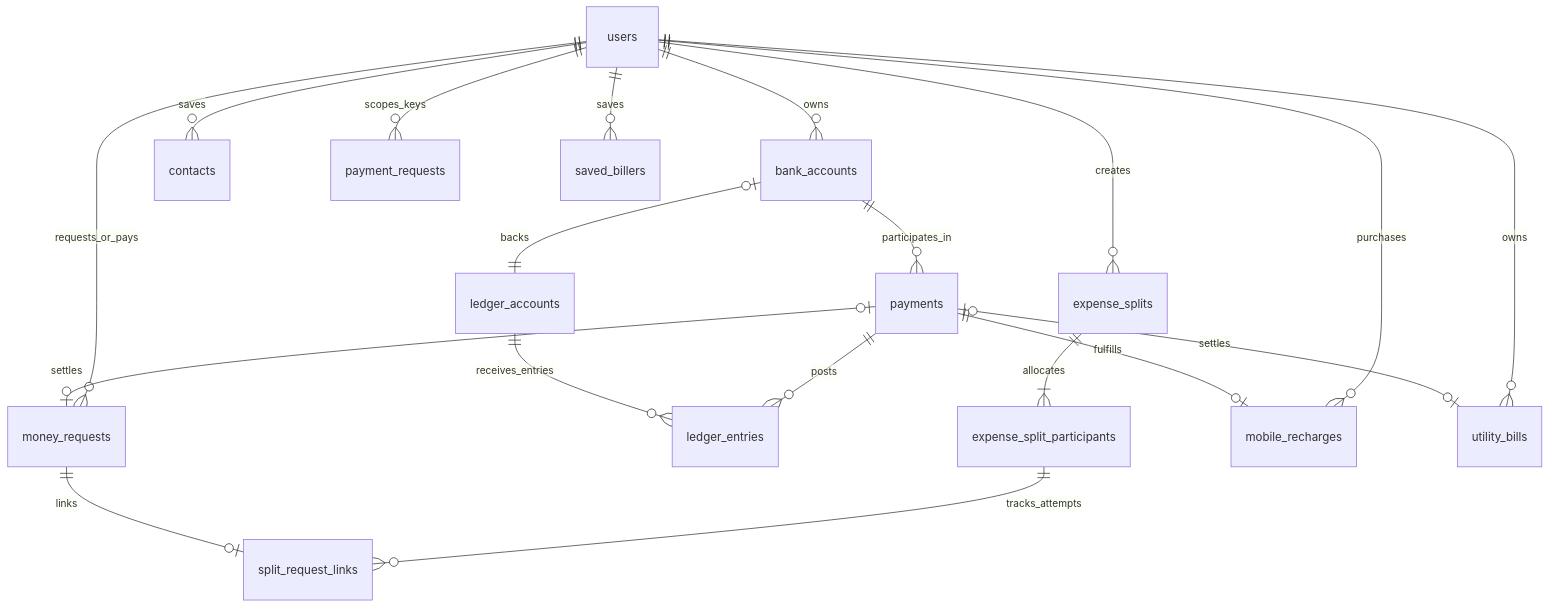
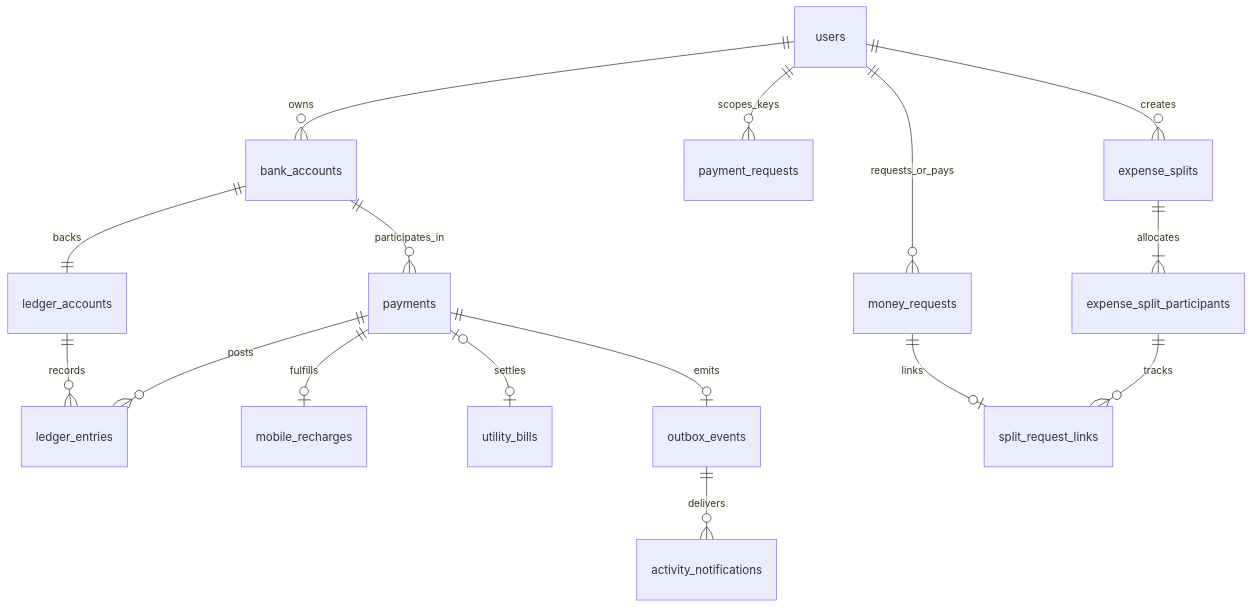
One commit to Harshita2011/PayFlow changed the third of 3 diagrams in README.md. Above: the diagram before and after it, drawn with Mermaid. The commit also changed other lines of this file, not shown here.

````diff
--- a/README.md
+++ b/README.md
@@ -190,21 +174,18 @@
 ```mermaid
 erDiagram
     users ||--o{ bank_accounts : owns
-    users ||--o{ contacts : saves
+    users ||--o{ payment_requests : scopes_keys
+    bank_accounts ||--|| ledger_accounts : backs
+    bank_accounts ||--o{ payments : participates_in
+    payments ||--o{ ledger_entries : posts
+    ledger_accounts ||--o{ ledger_entries : records
     users ||--o{ money_requests : requests_or_pays
-    users ||--o{ payment_requests : scopes_keys
-    bank_accounts ||--o{ payments : participates_in
-    bank_accounts o|--|| ledger_accounts : backs
-    payments ||--o{ ledger_entries : posts
-    ledger_accounts ||--o{ ledger_entries : receives_entries
-    payments o|--o| money_requests : settles
     users ||--o{ expense_splits : creates
     expense_splits ||--|{ expense_split_participants : allocates
-    expense_split_participants ||--o{ split_request_links : tracks_attempts
+    expense_split_participants ||--o{ split_request_links : tracks
     money_requests ||--o| split_request_links : links
-    users ||--o{ mobile_recharges : purchases
     payments ||--o| mobile_recharges : fulfills
-    users ||--o{ utility_bills : owns
     payments o|--o| utility_bills : settles
-    users ||--o{ saved_billers : saves
+    payments ||--o| outbox_events : emits
+    outbox_events ||--o{ activity_notifications : delivers
 ```
````
